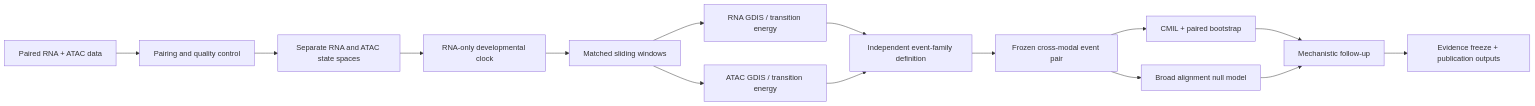
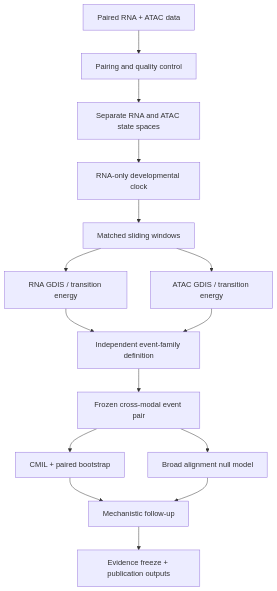
The diagram in README.md (hamiddi/GDIS-Multiome), drawn with Mermaid before and after one commit. The commit also changed other lines of this file, not shown here.

Commit message:
Improve README workflow and CMIL notation

````diff
--- a/README.md
+++ b/README.md
@@ -27,17 +27,36 @@
 ```mermaid
-flowchart LR
-    A[Paired RNA + ATAC data] --> B[Pairing and quality control]
-    B --> C[Separate RNA and ATAC state spaces]
-    C --> D[RNA-only developmental clock]
-    D --> E[Matched sliding windows]
-    E --> F1[RNA GDIS / transition energy]
-    E --> F2[ATAC GDIS / transition energy]
-    F1 --> G[Independent event-family definition]
+flowchart TD
+
+    A[Paired RNA + ATAC data]
+    B[Pairing and quality control]
+    C[Separate RNA and ATAC state spaces]
+    D[RNA-only developmental clock]
+    E[Matched sliding windows]
+
+    F1[RNA GDIS / transition energy]
+    F2[ATAC GDIS / transition energy]
+
+    G[Independent event-family definition]
+    H[Frozen cross-modal event pair]
+
+    I[CMIL + paired bootstrap]
+    J[Broad alignment null model]
+
+    K[Mechanistic follow-up]
+    L[Evidence freeze + publication outputs]
+
+    A --> B
+    B --> C
+    C --> D
+    D --> E
+    E --> F1
+    E --> F2
+    F1 --> G
     F2 --> G
-    G --> H[Frozen cross-modal event pair]
-    H --> I[CMIL + paired bootstrap]
-    H --> J[Broad alignment null model]
-    I --> K[Mechanistic follow-up]
+    G --> H
+    H --> I
+    H --> J
+    I --> K
     J --> K
-    K --> L[Evidence freeze + publication outputs]
+    K --> L
 ```
````
